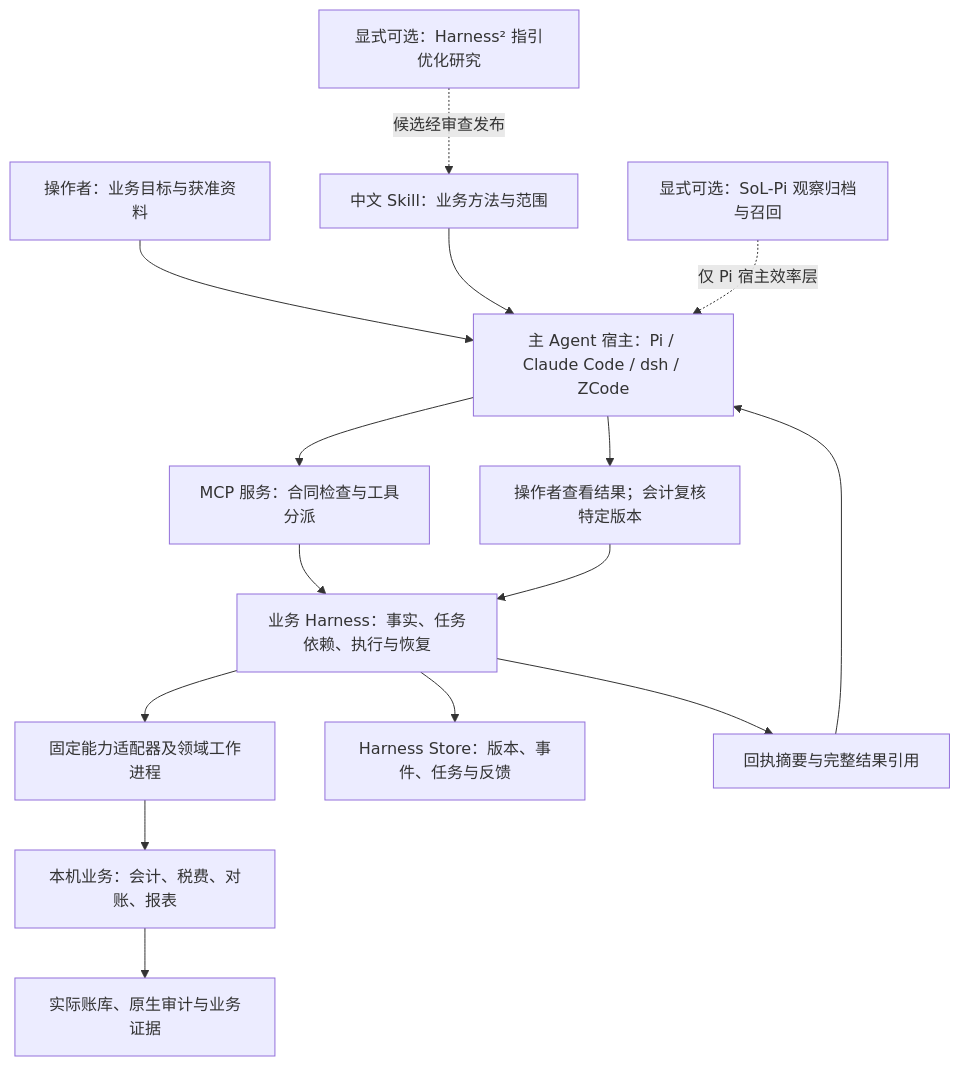
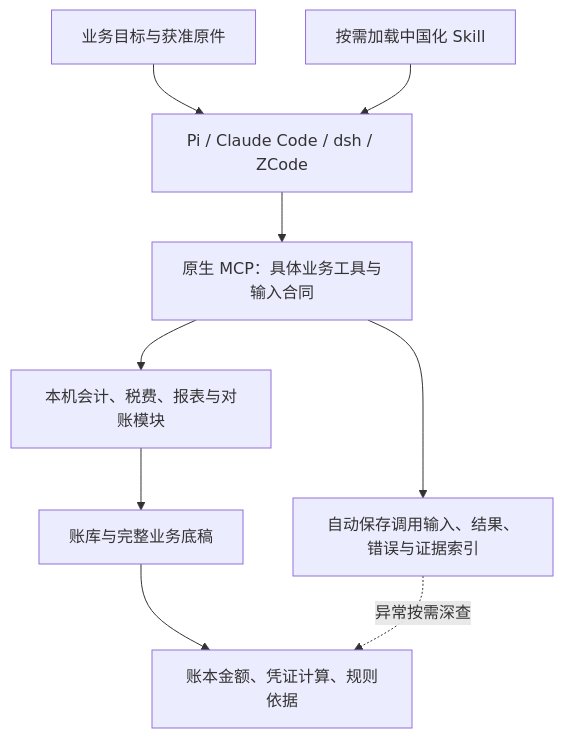
The diagram in docs/AGENT-ARCHITECTURE.md (huxiaoyang-code/taxes-agent), drawn with Mermaid before and after one commit. The commit also changed other lines of this file and 85 other files, not shown here.

````diff
--- a/docs/AGENT-ARCHITECTURE.md
+++ b/docs/AGENT-ARCHITECTURE.md
@@ -20,17 +7,11 @@
 ```mermaid
 flowchart TD
-    U[操作者：业务目标与获准资料] --> H[主 Agent 宿主：Pi / Claude Code / dsh / ZCode]
-    S[中文 Skill：业务方法与范围] --> H
-    H --> M[MCP 服务：合同检查与工具分派]
-    M --> R[业务 Harness：事实、任务依赖、执行与恢复]
-    R --> A[固定能力适配器及领域工作进程]
-    A --> B[本机业务：会计、税费、对账、报表]
-    B --> D[实际账库、原生审计与业务证据]
-    R --> J[Harness Store：版本、事件、任务与反馈]
-    R --> P[回执摘要与完整结果引用]
-    P --> H
-    H --> V[操作者查看结果；会计复核特定版本]
-    V --> R
-    X[显式可选：Harness² 指引优化研究] -.候选经审查发布.-> S
-    Y[显式可选：SoL-Pi 观察归档与召回] -.仅 Pi 宿主效率层.-> H
+  U[业务目标与获准原件] --> A[Pi / Claude Code / dsh / ZCode]
+  S[按需加载中国化 Skill] --> A
+  A --> M[原生 MCP：具体业务工具与输入合同]
+  M --> B[本机会计、税费、报表与对账模块]
+  B --> D[账库与完整业务底稿]
+  M --> R[自动保存调用输入、结果、错误与证据索引]
+  D --> V[账本金额、凭证计算、规则依据]
+  R -.异常按需深查.-> V
 ```
````
